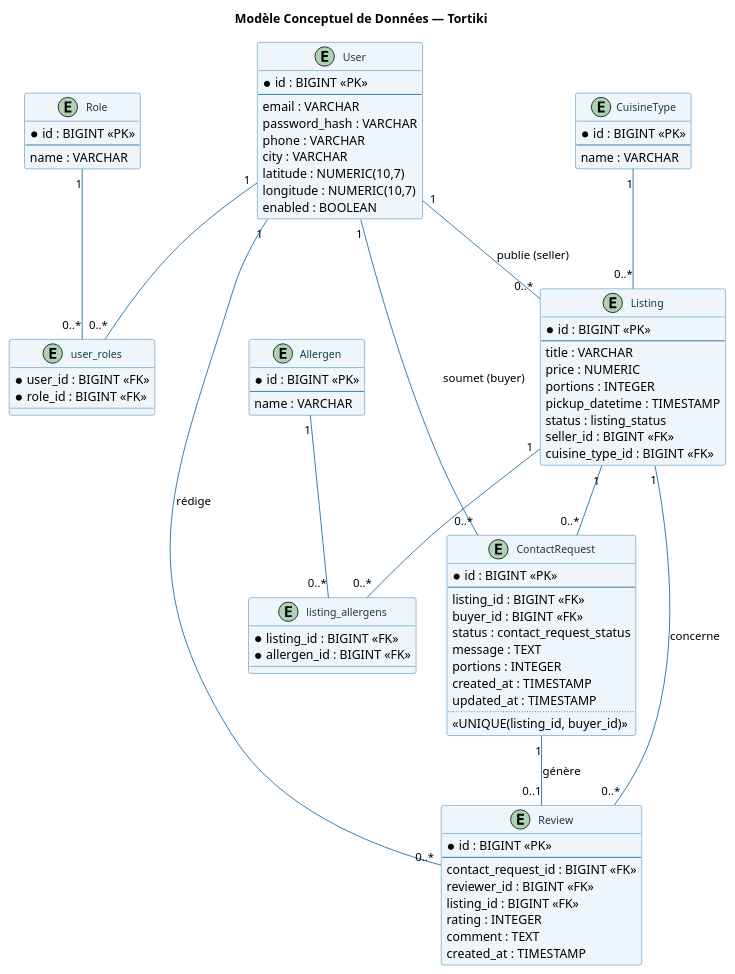
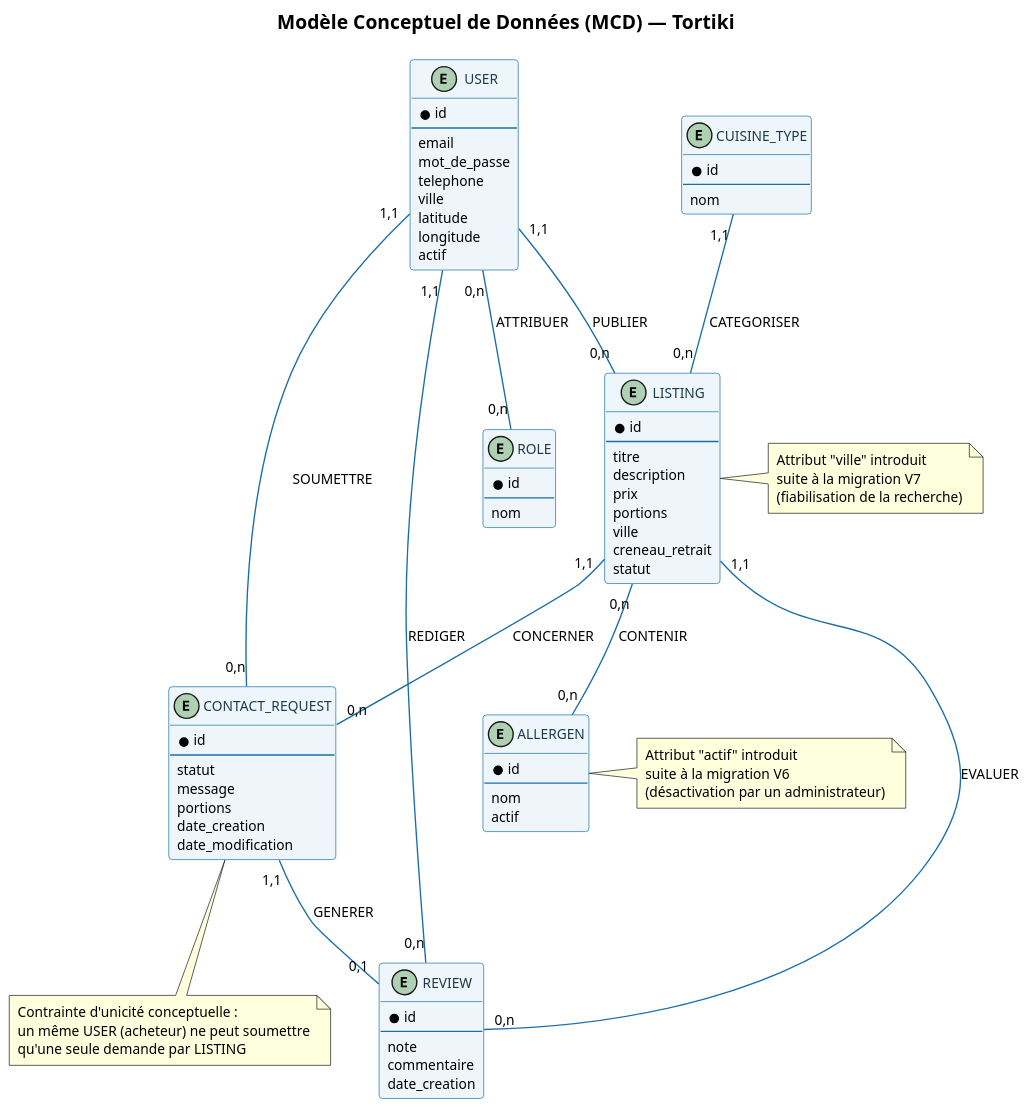
The diagram in docs/MCD_Tortiki.puml (jferminh/tortiki-api), drawn with PlantUML before and after one commit. The commit also changed 8 other files, not shown here.

Commit message:
docs(cda): dossier projet ajoute de diagrammes

```diff
--- a/docs/MCD_Tortiki.puml
+++ b/docs/MCD_Tortiki.puml
@@ -1,101 +1,113 @@
 @startuml MCD_Tortiki
+'== A4 portrait ==
+skinparam pageWidth 210mm
+skinparam pageMargin 10
+skinparam dpi 150
+scale max 800 width
 skinparam backgroundColor #FFFFFF
+skinparam defaultFontSize 10
+
 skinparam class {
   BackgroundColor #EEF6FB
   BorderColor #1B6FA8
   FontColor #1B3A4B
   ArrowColor #1B6FA8
-  FontSize 12
-}
-title Modèle Conceptuel de Données — Tortiki
-
-entity "User" as User {
-  * id : BIGINT <<PK>>
-  --
-  email : VARCHAR
-  password_hash : VARCHAR
-  phone : VARCHAR
-  city : VARCHAR
-  latitude : NUMERIC(10,7)
-  longitude : NUMERIC(10,7)
-  enabled : BOOLEAN
+  FontSize 10
 }
 
-entity "Role" as Role {
-  * id : BIGINT <<PK>>
+title Modèle Conceptuel de Données (MCD) — Tortiki
+
+' ===== ENTITÉS (aucun type de donnée à ce niveau) =====
+
+entity "USER" as User {
+  * id
   --
-  name : VARCHAR
+  email
+  mot_de_passe
+  telephone
+  ville
+  latitude
+  longitude
+  actif
 }
 
-entity "user_roles" as UserRoles {
-  * user_id : BIGINT <<FK>>
-  * role_id : BIGINT <<FK>>
+entity "ROLE" as Role {
+  * id
+  --
+  nom
 }
 
-entity "Listing" as Listing {
-  * id : BIGINT <<PK>>
+entity "LISTING" as Listing {
+  * id
   --
-  title : VARCHAR
-  price : NUMERIC
-  portions : INTEGER
-  pickup_datetime : TIMESTAMP
-  status : listing_status
-  seller_id : BIGINT <<FK>>
-  cuisine_type_id : BIGINT <<FK>>
+  titre
+  description
+  prix
+  portions
+  ville
+  creneau_retrait
+  statut
 }
 
-entity "CuisineType" as CuisineType {
-  * id : BIGINT <<PK>>
+entity "CUISINE_TYPE" as CuisineType {
+  * id
   --
-  name : VARCHAR
+  nom
 }
 
-entity "Allergen" as Allergen {
-  * id : BIGINT <<PK>>
+entity "ALLERGEN" as Allergen {
+  * id
   --
-  name : VARCHAR
+  nom
+  actif
 }
 
-entity "listing_allergens" as ListingAllergens {
-  * listing_id : BIGINT <<FK>>
-  * allergen_id : BIGINT <<FK>>
+entity "CONTACT_REQUEST" as ContactRequest {
+  * id
+  --
+  statut
+  message
+  portions
+  date_creation
+  date_modification
 }
 
-entity "ContactRequest" as ContactRequest {
-  * id : BIGINT <<PK>>
+entity "REVIEW" as Review {
+  * id
   --
-  listing_id : BIGINT <<FK>>
-  buyer_id : BIGINT <<FK>>
-  status : contact_request_status
-  message : TEXT
-  portions : INTEGER
-  created_at : TIMESTAMP
-  updated_at : TIMESTAMP
-  ..
-  <<UNIQUE(listing_id, buyer_id)>>
+  note
+  commentaire
+  date_creation
 }
 
-entity "Review" as Review {
-  * id : BIGINT <<PK>>
-  --
-  contact_request_id : BIGINT <<FK>>
-  reviewer_id : BIGINT <<FK>>
-  listing_id : BIGINT <<FK>>
-  rating : INTEGER
-  comment : TEXT
-  created_at : TIMESTAMP
-}
+' ===== ASSOCIATIONS NOMMÉES (cardinalités notation MCD française) =====
 
-User "1" -- "0..*" Listing : publie (seller)
-User "1" -- "0..*" UserRoles
-Role "1" -- "0..*" UserRoles
-Listing "1" -- "0..*" ListingAllergens
-Allergen "1" -- "0..*" ListingAllergens
-CuisineType "1" -- "0..*" Listing
-Listing "1" -- "0..*" ContactRequest
-User "1" -- "0..*" ContactRequest : soumet (buyer)
-ContactRequest "1" -- "0..1" Review : génère
-User "1" -- "0..*" Review : rédige
-Listing "1" -- "0..*" Review : concerne
+User "1,1" -- "0,n" Listing : PUBLIER
+User "0,n" -- "0,n" Role : ATTRIBUER
+CuisineType "1,1" -- "0,n" Listing : CATEGORISER
+Listing "0,n" -- "0,n" Allergen : CONTENIR
+Listing "1,1" -- "0,n" ContactRequest : CONCERNER
+User "1,1" -- "0,n" ContactRequest : SOUMETTRE
+ContactRequest "1,1" -- "0,1" Review : GENERER
+User "1,1" -- "0,n" Review : REDIGER
+Listing "1,1" -- "0,n" Review : EVALUER
+
+note bottom of ContactRequest
+  Contrainte d'unicité conceptuelle :
+  un même USER (acheteur) ne peut soumettre
+  qu'une seule demande par LISTING
+end note
+
+note right of Allergen
+  Attribut "actif" introduit
+  suite à la migration V6
+  (désactivation par un administrateur)
+end note
+
+note right of Listing
+  Attribut "ville" introduit
+  suite à la migration V7
+  (fiabilisation de la recherche)
+end note
 
 @enduml
```
